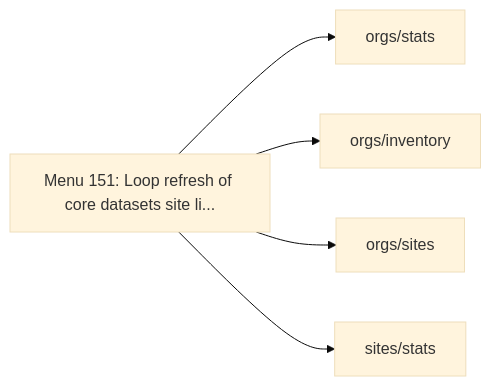
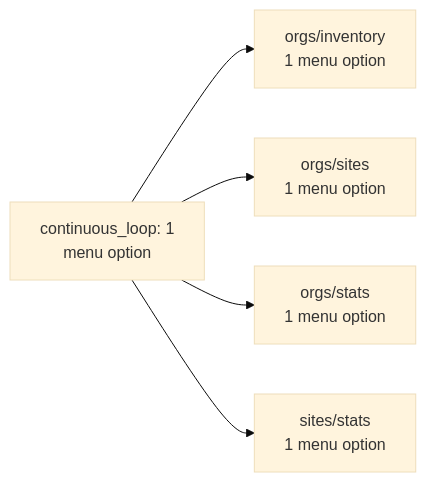
One commit to jmorrison-juniper/MistHelper changed the first of 2 diagrams in documentation/menu-api/continuous-loop.md. Above: the diagram before and after it, drawn with Mermaid (base theme). The commit also changed other lines of this file and 19 other files, not shown here.

First line of the commit message:
docs(menu-api): fit the Mermaid diagrams to the wiki column

````diff
--- a/documentation/menu-api/continuous-loop.md
+++ b/documentation/menu-api/continuous-loop.md
@@ -16,12 +17,8 @@
 ```mermaid
 flowchart LR
-    m151["Menu 151: Loop refresh of core datasets site li..."]
-    m151 --> f_orgs_stats
-    m151 --> f_orgs_inventory
-    m151 --> f_orgs_sites
-    m151 --> f_sites_stats
-    f_orgs_inventory["orgs/inventory"]
-    f_orgs_sites["orgs/sites"]
-    f_orgs_stats["orgs/stats"]
-    f_sites_stats["sites/stats"]
+    root["continuous_loop: 1<br/>menu option"]
+    root --> f_orgs_inventory["orgs/inventory<br/>1 menu option"]
+    root --> f_orgs_sites["orgs/sites<br/>1 menu option"]
+    root --> f_orgs_stats["orgs/stats<br/>1 menu option"]
+    root --> f_sites_stats["sites/stats<br/>1 menu option"]
 ```
````
